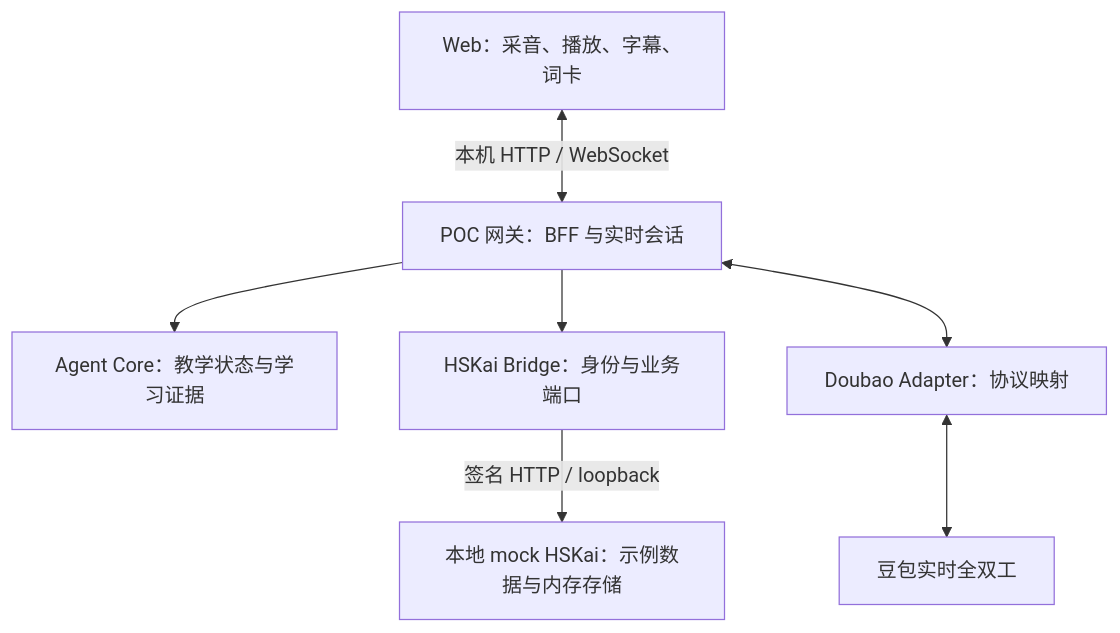
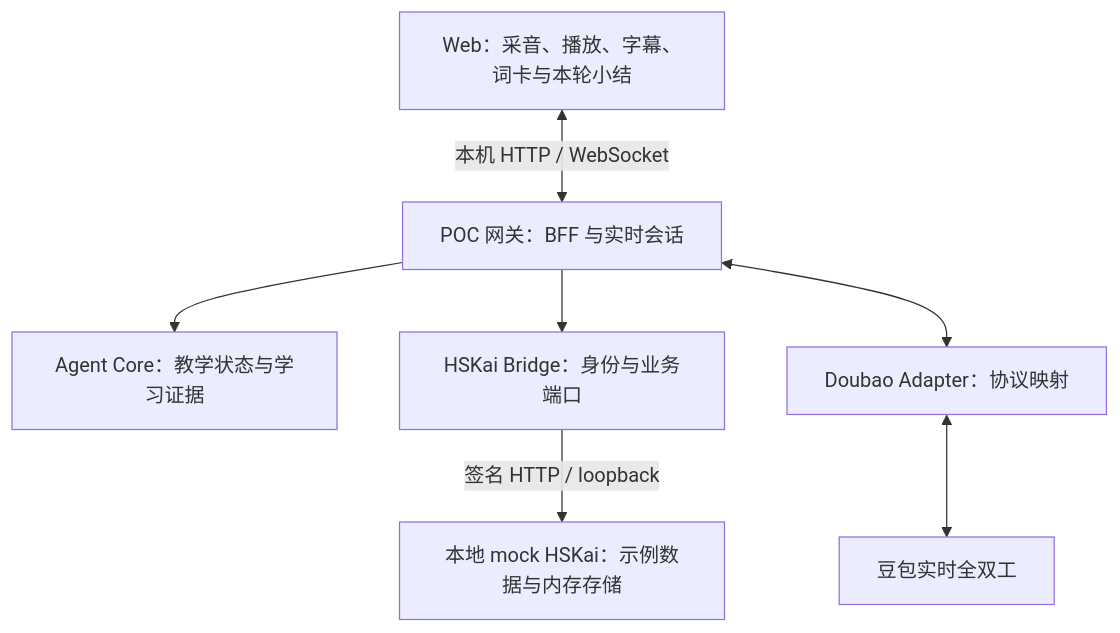
One commit to yqhuang-cyber/ask-kai changed the first of 2 diagrams in README.md. Above: the diagram before and after it, drawn with Mermaid. The commit also changed other lines of this file and 15 other files, not shown here.

```diff
--- a/README.md
+++ b/README.md
@@ -119,9 +128,9 @@
 ~~~mermaid
 flowchart TB
-    UI["Web：采音、播放、字幕、词卡"] <-->|"本机 HTTP / WebSocket"| GW["POC 网关：BFF 与实时会话"]
+    UI["Web：采音、播放、字幕、词卡与本轮小结"] <-->|"本机 HTTP / WebSocket"| GW["POC 网关：BFF 与实时会话"]
     GW --> CORE["Agent Core：教学状态与学习证据"]
     GW --> BRIDGE["HSKai Bridge：身份与业务端口"]
     BRIDGE -->|"签名 HTTP / loopback"| MOCK["本地 mock HSKai：示例数据与内存存储"]
     GW <--> ADAPTER["Doubao Adapter：协议映射"]
     ADAPTER <--> DOUBAO["豆包实时全双工"]
 ~~~
```
